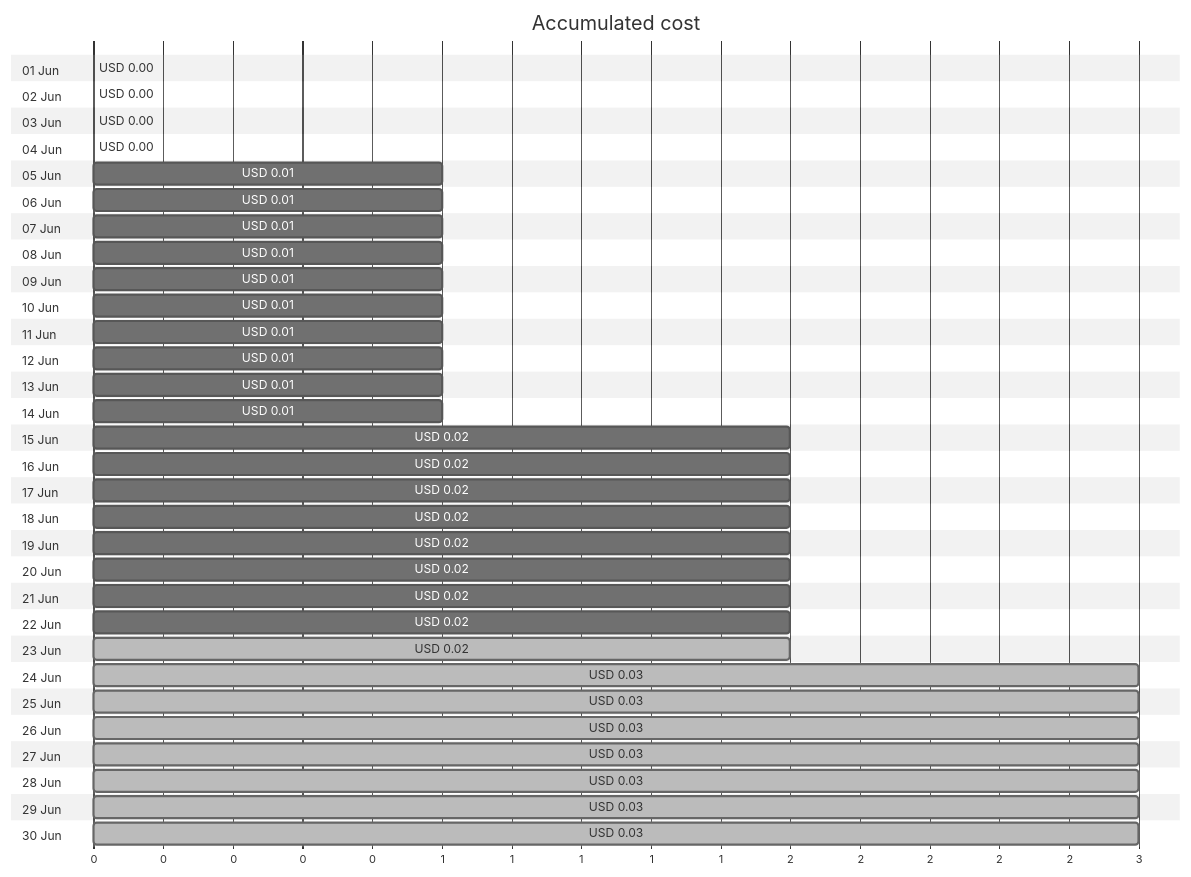
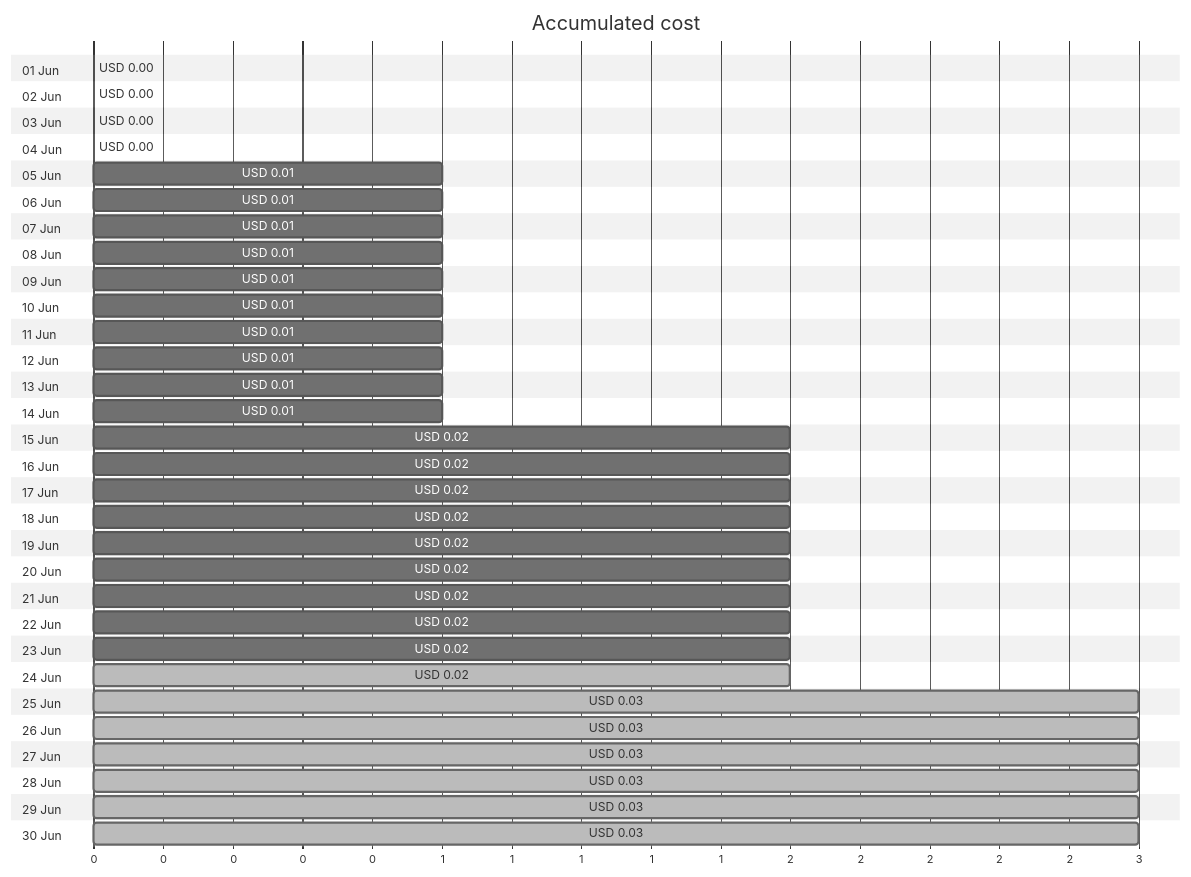
Before and after one commit to jpfulton/azure-personal-reports: the first of 4 diagrams in cost-reports/personal-site/personalsiteapipreview.md, drawn with Mermaid (neutral theme). The commit also changed other lines of this file and 6 other files, not shown here.

````diff
--- a/cost-reports/personal-site/personalsiteapipreview.md
+++ b/cost-reports/personal-site/personalsiteapipreview.md
@@ -20,66 +20,66 @@
 ```mermaid
 gantt
    title Accumulated cost
    dateFormat  X
    axisFormat %s
    section 01 Jun
    USD 0.00 :0, 0
    section 02 Jun
    USD 0.00 :0, 0
    section 03 Jun
    USD 0.00 :0, 0
    section 04 Jun
    USD 0.00 :0, 0
    section 05 Jun
    USD 0.01 :0, 1
    section 06 Jun
    USD 0.01 :0, 1
    section 07 Jun
    USD 0.01 :0, 1
    section 08 Jun
    USD 0.01 :0, 1
    section 09 Jun
    USD 0.01 :0, 1
    section 10 Jun
    USD 0.01 :0, 1
    section 11 Jun
    USD 0.01 :0, 1
    section 12 Jun
    USD 0.01 :0, 1
    section 13 Jun
    USD 0.01 :0, 1
    section 14 Jun
    USD 0.01 :0, 1
    section 15 Jun
    USD 0.02 :0, 2
    section 16 Jun
    USD 0.02 :0, 2
    section 17 Jun
    USD 0.02 :0, 2
    section 18 Jun
    USD 0.02 :0, 2
    section 19 Jun
    USD 0.02 :0, 2
    section 20 Jun
    USD 0.02 :0, 2
    section 21 Jun
    USD 0.02 :0, 2
    section 22 Jun
    USD 0.02 :0, 2
    section 23 Jun
+   USD 0.02 :0, 2
+   section 24 Jun
    USD 0.02 : done, 0, 2
-   section 24 Jun
-   USD 0.03 : done, 0, 3
    section 25 Jun
    USD 0.03 : done, 0, 3
    section 26 Jun
    USD 0.03 : done, 0, 3
    section 27 Jun
    USD 0.03 : done, 0, 3
    section 28 Jun
    USD 0.03 : done, 0, 3
    section 29 Jun
    USD 0.03 : done, 0, 3
    section 30 Jun
    USD 0.03 : done, 0, 3
 ```
````
